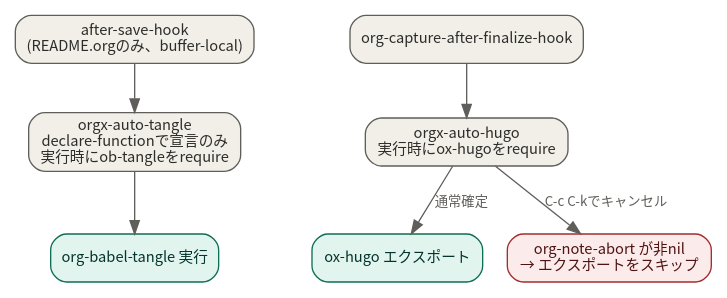
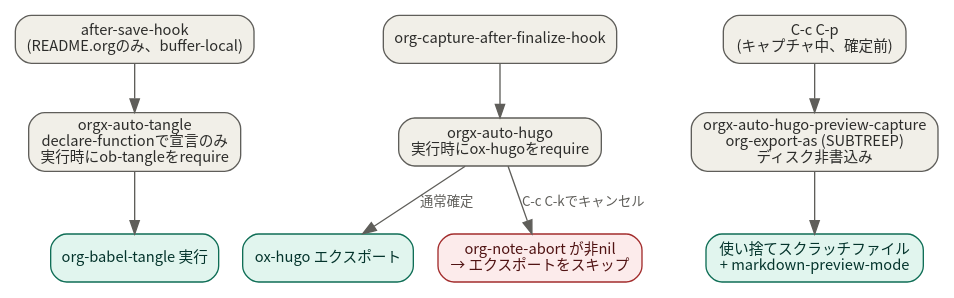
Before and after one commit to ac1965/.emacs.d: the tenth of 13 diagrams in design_spec.org, drawn with Graphviz. The commit also changed other lines of this file and 2 other files, not shown here.

First line of the commit message:
この差分は、ある図（おそらく `dot` 形式のグラフ）の XML 表現における変更点を示しています。主に座標やテキスト位置が変更されている様子が確認できます。

```diff
--- a/design_spec.org
+++ b/design_spec.org
@@ -1271,21 +1290,25 @@
 #+begin_src dot
 digraph orgtangle_hugo {
   rankdir=TB;
   fontname="Noto Sans CJK JP";
   node [shape=box style="rounded,filled" fontname="Noto Sans CJK JP" fontsize=11 fillcolor="#F1EFE8" color="#5F5E5A" fontcolor="#2C2C2A"];
   edge [color="#5F5E5A" fontname="Noto Sans CJK JP" fontsize=10 fontcolor="#5F5E5A"];
 
   savehook [label="after-save-hook\n(README.orgのみ、buffer-local)"];
   tangle [label="orgx-auto-tangle\ndeclare-functionで宣言のみ\n実行時にob-tangleをrequire"];
   capturehook [label="org-capture-after-finalize-hook"];
   hugo [label="orgx-auto-hugo\n実行時にox-hugoをrequire"];
   tangleok [label="org-babel-tangle 実行" fillcolor="#E1F5EE" color="#0F6E56" fontcolor="#04342C"];
   hugoexport [label="ox-hugo エクスポート" fillcolor="#E1F5EE" color="#0F6E56" fontcolor="#04342C"];
   abort [label="org-note-abort が非nil\n→ エクスポートをスキップ" fillcolor="#FCEBEB" color="#A32D2D" fontcolor="#501313"];
+  previewkey [label="C-c C-p\n(キャプチャ中、確定前)"];
+  preview [label="orgx-auto-hugo-preview-capture\norg-export-as (SUBTREEP)\nディスク非書込み"];
+  previewbuf [label="使い捨てスクラッチファイル\n+ markdown-preview-mode" fillcolor="#E1F5EE" color="#0F6E56" fontcolor="#04342C"];
 
   savehook -> tangle -> tangleok;
   capturehook -> hugo;
   hugo -> hugoexport [label="通常確定"];
   hugo -> abort [label="C-c C-kでキャンセル"];
+  previewkey -> preview -> previewbuf;
 }
 #+end_src
```
